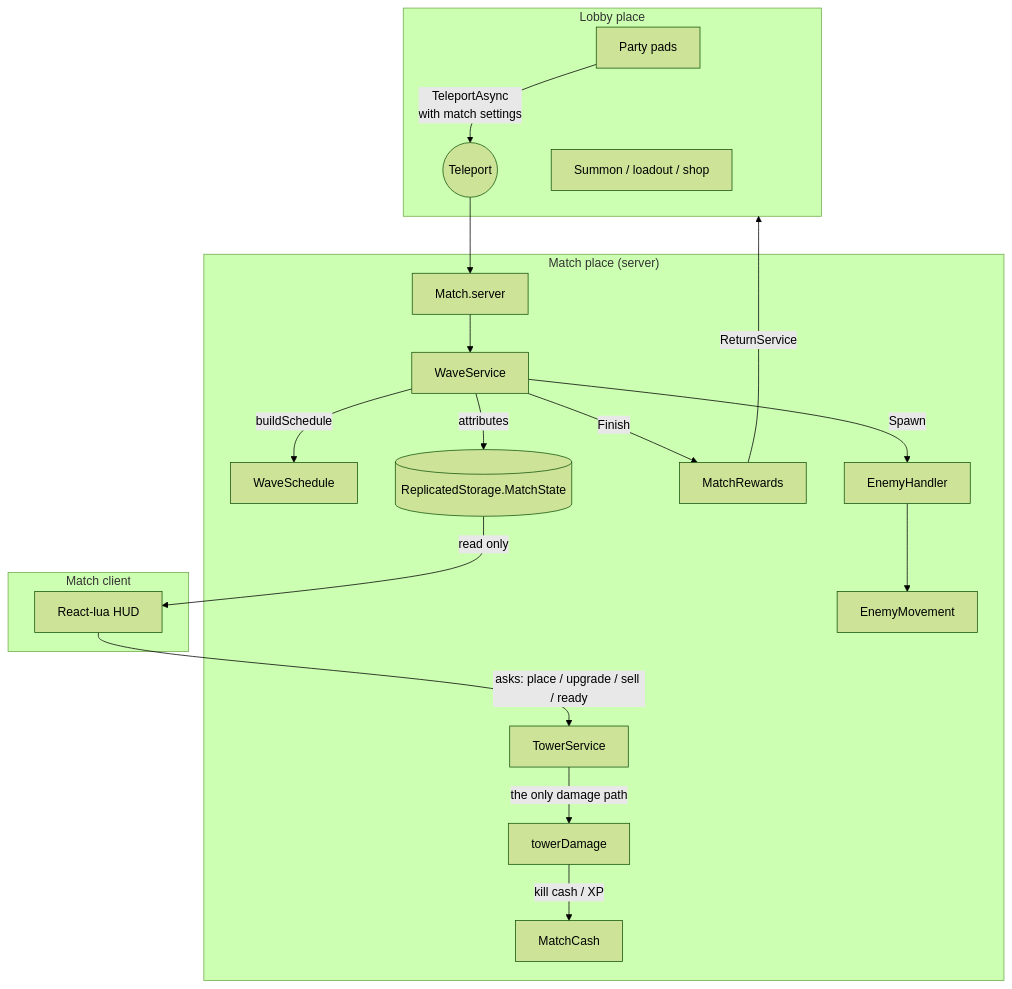
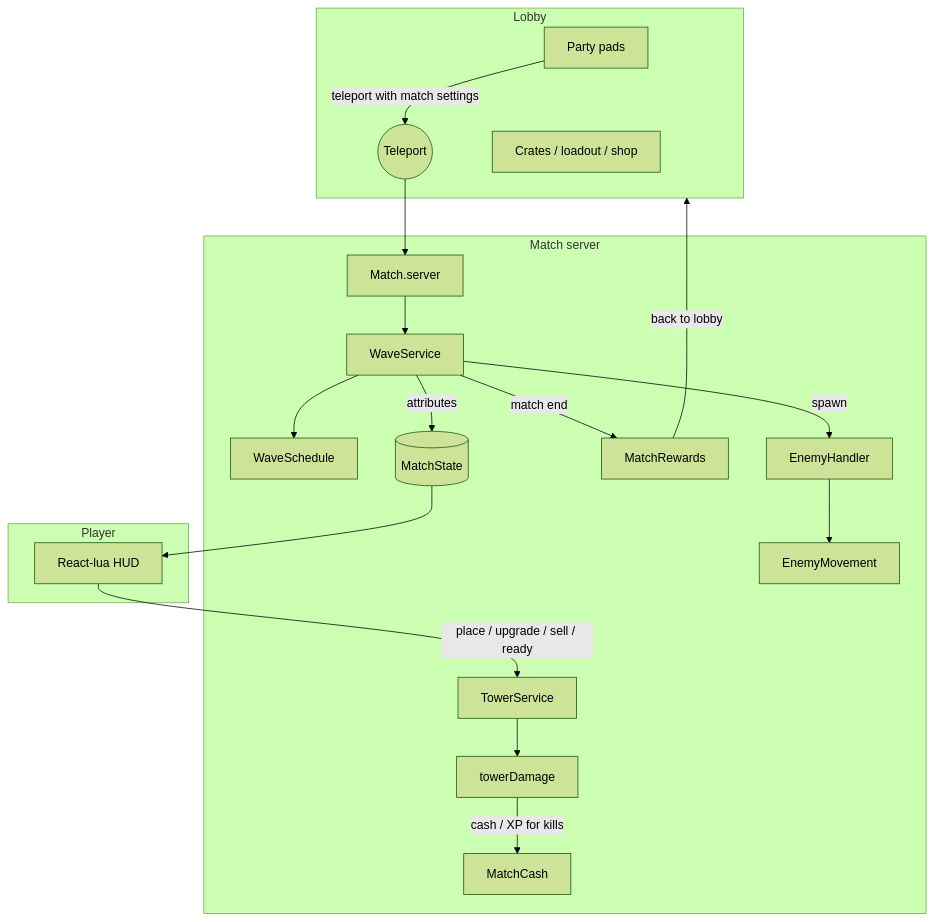
One commit to Ar7ti/sky-island-td-showcase changed the diagram in README.md. Above: the diagram before and after it, drawn with Mermaid (forest theme). The commit also changed other lines of this file, not shown here.

````diff
--- a/README.md
+++ b/README.md
@@ -43,25 +42,25 @@
 ```mermaid
 flowchart TB
-    subgraph Lobby["Lobby place"]
-        LP[Party pads] -->|TeleportAsync<br/>with match settings| TP
-        LS[Summon / loadout / shop]
+    subgraph Lobby["Lobby"]
+        LP[Party pads] -->|teleport with match settings| TP
+        LS[Crates / loadout / shop]
     end
     TP((Teleport)) --> M
 
-    subgraph Match["Match place (server)"]
+    subgraph Match["Match server"]
         M[Match.server] --> WS[WaveService]
-        WS -->|buildSchedule| SCH[WaveSchedule]
-        WS -->|Spawn| EH[EnemyHandler] --> EM[EnemyMovement]
-        TS[TowerService] -->|the only damage path| TD[towerDamage]
-        TD -->|kill cash / XP| EC[MatchCash]
-        WS -->|Finish| MR[MatchRewards]
-        WS -->|attributes| MS[(ReplicatedStorage.MatchState)]
+        WS --> SCH[WaveSchedule]
+        WS -->|spawn| EH[EnemyHandler] --> EM[EnemyMovement]
+        TS[TowerService] --> TD[towerDamage]
+        TD -->|cash / XP for kills| EC[MatchCash]
+        WS -->|match end| MR[MatchRewards]
+        WS -->|attributes| MS[(MatchState)]
     end
 
-    subgraph Client["Match client"]
-        MS -->|read only| HUD[React-lua HUD]
-        HUD -->|asks: place / upgrade / sell / ready| TS
+    subgraph Client["Player"]
+        MS --> HUD[React-lua HUD]
+        HUD -->|place / upgrade / sell / ready| TS
     end
 
-    MR -->|ReturnService| Lobby
+    MR -->|back to lobby| Lobby
 ```
````
